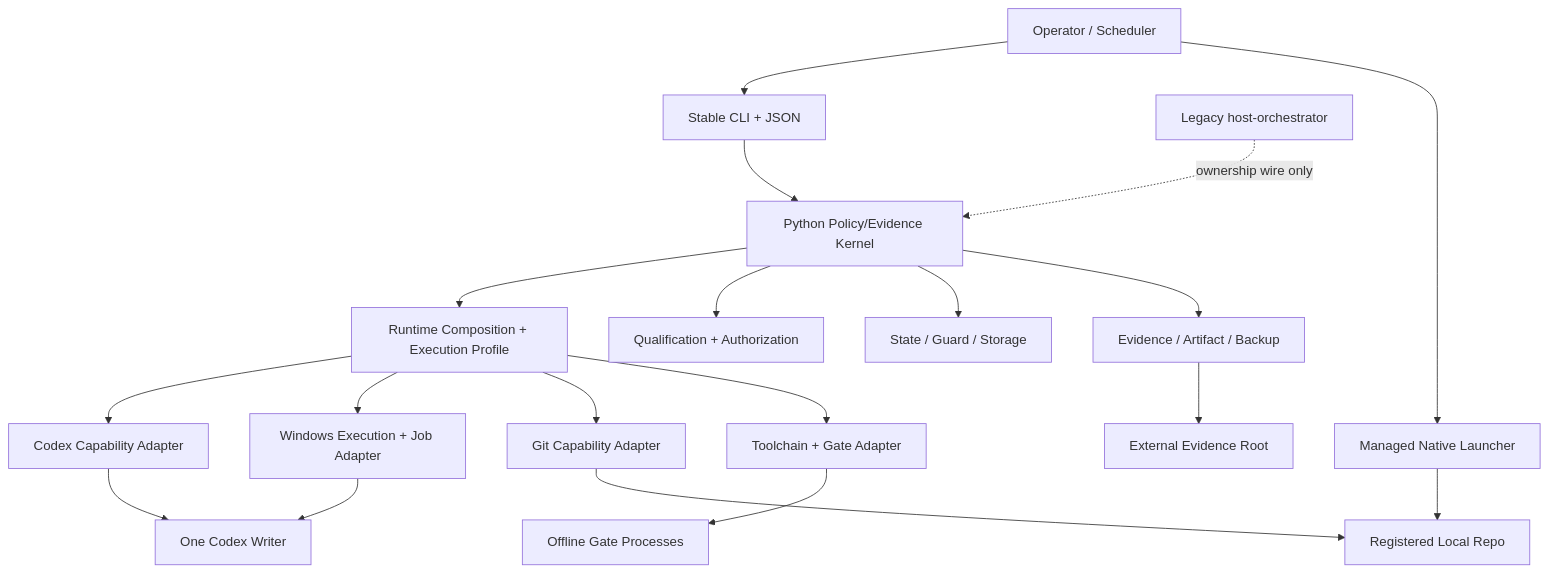
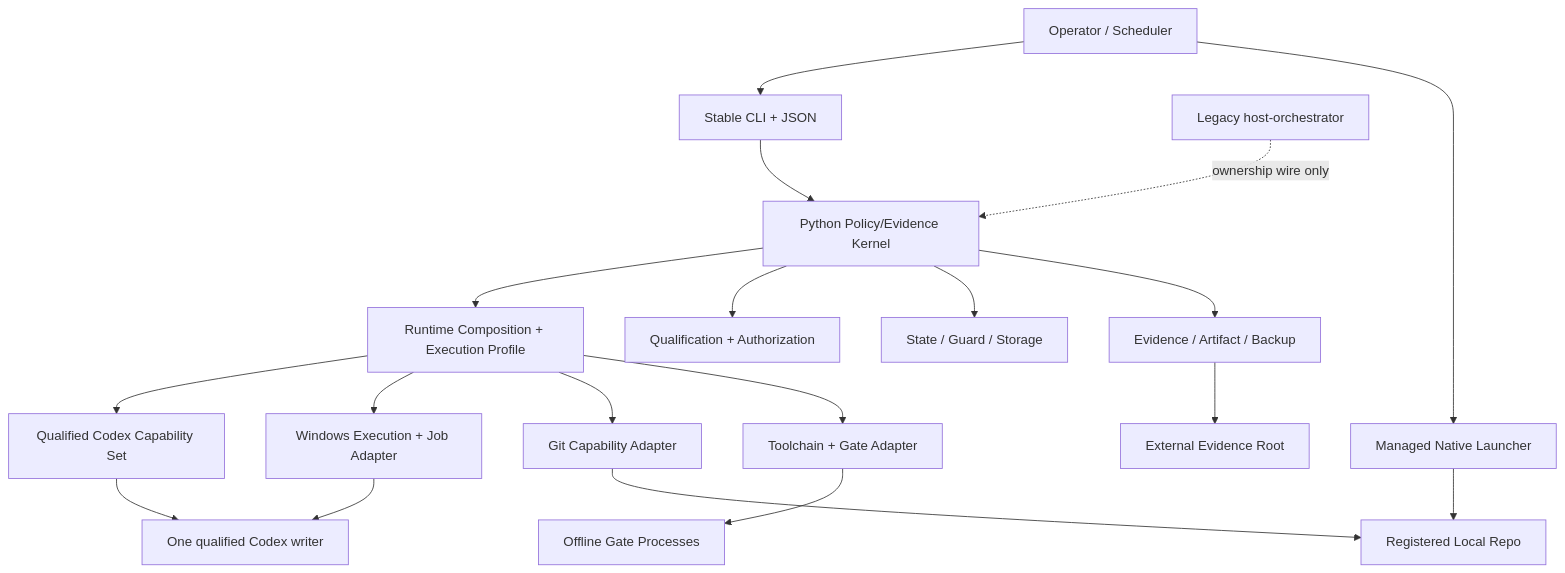
The first of 2 diagrams in docs/architecture/orchestrator-target-architecture.md (sciman-top/local-ai-runtime), drawn with Mermaid before and after one commit. The commit also changed other lines of this file and 28 other files, not shown here.

````diff
--- a/docs/architecture/orchestrator-target-architecture.md
+++ b/docs/architecture/orchestrator-target-architecture.md
@@ -34,21 +35,21 @@
 ```mermaid
 flowchart TB
     U["Operator / Scheduler"] --> CLI["Stable CLI + JSON"]
     U --> N["Managed Native Launcher"]
     CLI --> K["Python Policy/Evidence Kernel"]
     K --> P["Runtime Composition + Execution Profile"]
     K --> Q["Qualification + Authorization"]
     K --> S["State / Guard / Storage"]
-    P --> C["Codex Capability Adapter"]
+    P --> C["Qualified Codex Capability Set"]
     P --> E["Windows Execution + Job Adapter"]
     P --> G["Git Capability Adapter"]
     P --> T["Toolchain + Gate Adapter"]
     K --> V["Evidence / Artifact / Backup"]
-    C --> W["One Codex Writer"]
+    C --> W["One qualified Codex writer"]
     E --> W
     T --> O["Offline Gate Processes"]
     G --> R["Registered Local Repo"]
     V --> X["External Evidence Root"]
     L["Legacy host-orchestrator"] -. "ownership wire only" .-> K
     N --> R
 ```
````
